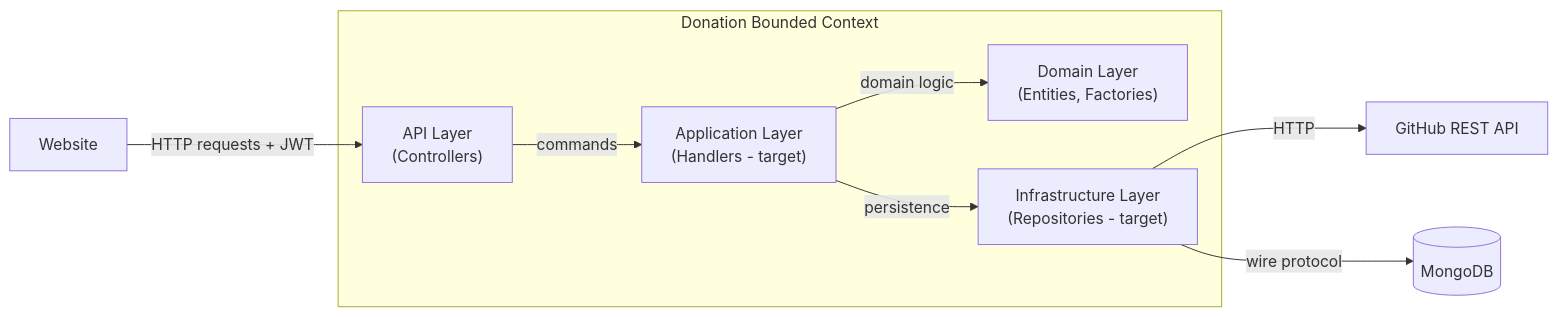
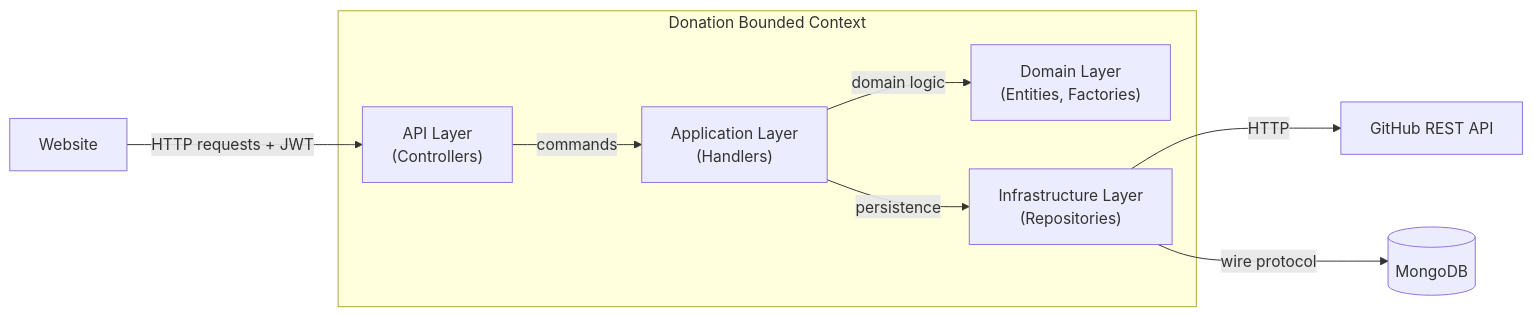
The third of 3 diagrams in docs/architecture/arc42/05-building-block-view.md (wouterfennis/TimeForCode), drawn with Mermaid before and after one commit. The commit also changed other lines of this file and 75 other files, not shown here.

````diff
--- a/docs/architecture/arc42/05-building-block-view.md
+++ b/docs/architecture/arc42/05-building-block-view.md
@@ -78,20 +78,20 @@
 ```mermaid
 graph LR
     subgraph Donation Bounded Context
         DonAPI_Ctrl["API Layer\n(Controllers)"]
-        DonApp["Application Layer\n(Handlers - target)"]
+        DonApp["Application Layer\n(Handlers)"]
         DonDomain["Domain Layer\n(Entities, Factories)"]
-        DonInfra["Infrastructure Layer\n(Repositories - target)"]
+        DonInfra["Infrastructure Layer\n(Repositories)"]
     end
 
     Client["Website"]
     GitHub["GitHub REST API"]
     MongoDB[("MongoDB")]
 
     Client -->|HTTP requests + JWT| DonAPI_Ctrl
     DonAPI_Ctrl -->|commands| DonApp
     DonApp -->|domain logic| DonDomain
     DonApp -->|persistence| DonInfra
     DonInfra -->|HTTP| GitHub
     DonInfra -->|wire protocol| MongoDB
 ```
````
